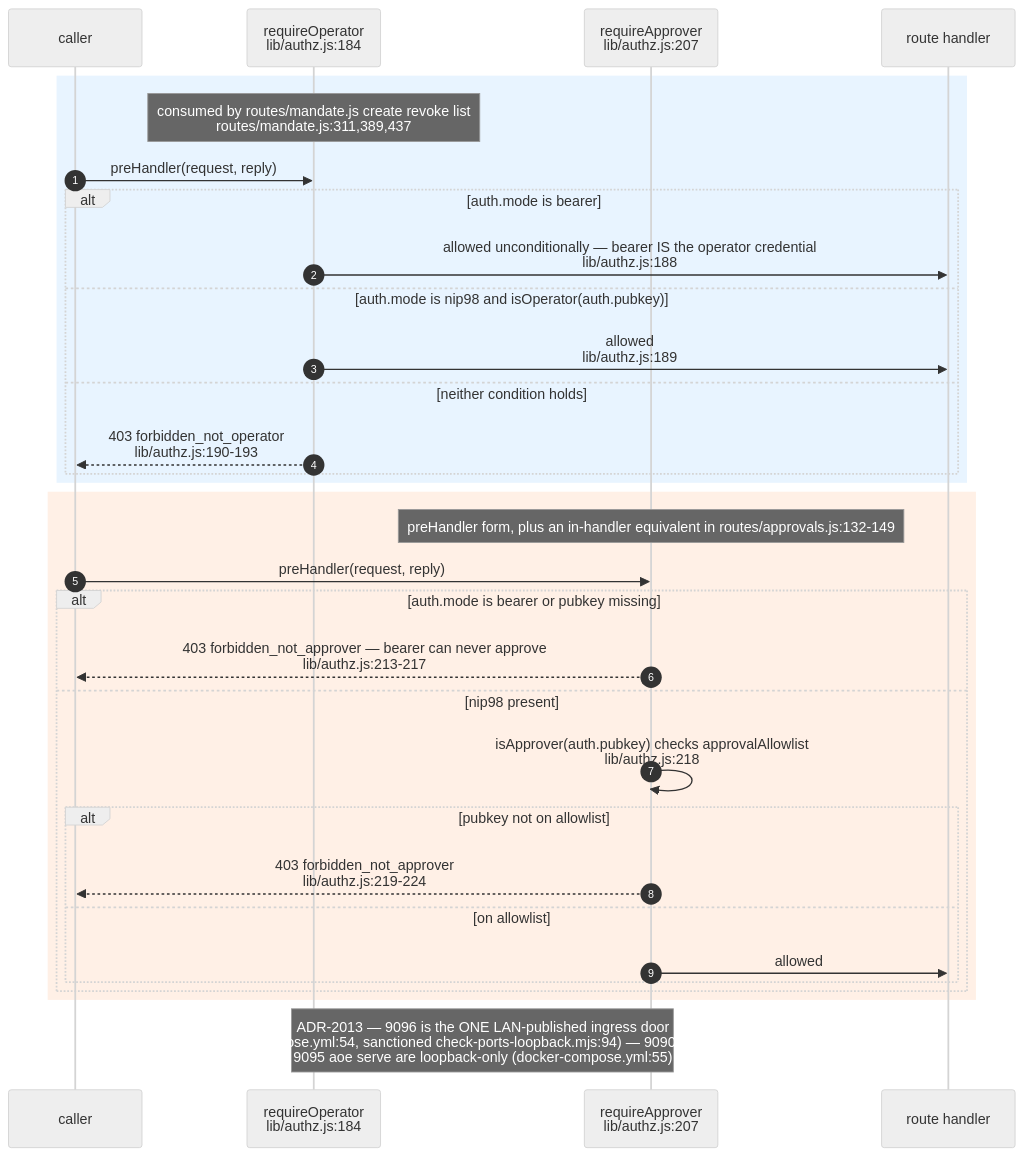
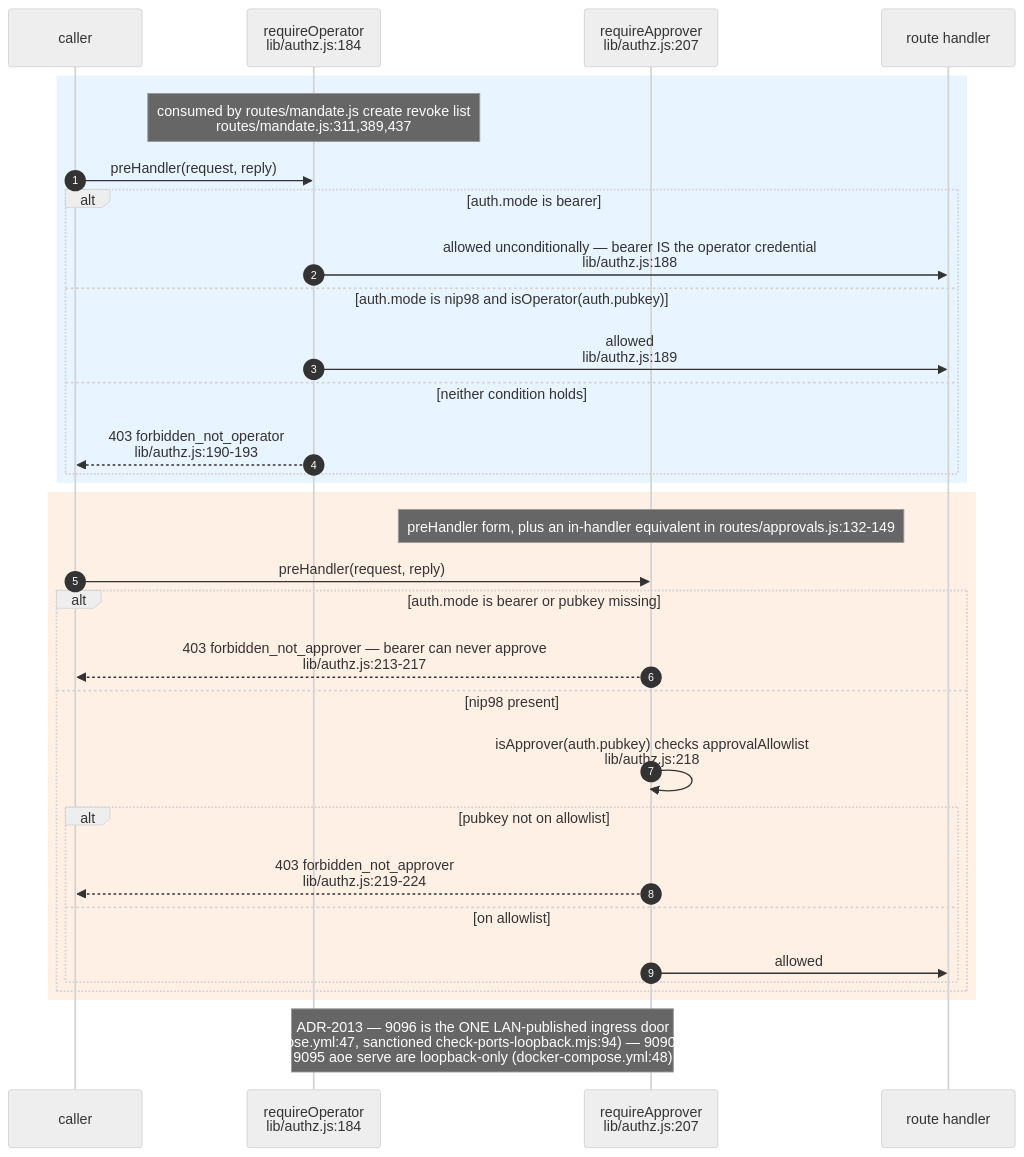
One commit to DreamLab-AI/VisionFlow changed the fifth of 17 diagrams in docs/diagrams/agentbox/03-management-api-request-lifecycle.md. Above: the diagram before and after it, drawn with Mermaid (neutral theme). The commit also changed other lines of this file and 136 other files, not shown here.

First line of the commit message:
docs(diagrams): refresh the whole corpus to code HEAD and prune low-value diagrams

````diff
--- a/docs/diagrams/agentbox/03-management-api-request-lifecycle.md
+++ b/docs/diagrams/agentbox/03-management-api-request-lifecycle.md
@@ -235,36 +233,36 @@
 ```mermaid
 sequenceDiagram
     autonumber
     participant C as caller
     participant RO as requireOperator<br/>lib/authz.js:184
     participant RA as requireApprover<br/>lib/authz.js:207
     participant H as route handler
 
     rect rgb(232,244,255)
     Note over RO: consumed by routes/mandate.js create revoke list<br/>routes/mandate.js:311,389,437
     C->>RO: preHandler(request, reply)
     alt auth.mode is bearer
         RO->>H: allowed unconditionally — bearer IS the operator credential<br/>lib/authz.js:188
     else auth.mode is nip98 and isOperator(auth.pubkey)
         RO->>H: allowed<br/>lib/authz.js:189
     else neither condition holds
         RO-->>C: 403 forbidden_not_operator<br/>lib/authz.js:190-193
     end
     end
 
     rect rgb(255,240,230)
     Note over RA: preHandler form, plus an in-handler equivalent in routes/approvals.js:132-149
     C->>RA: preHandler(request, reply)
     alt auth.mode is bearer or pubkey missing
         RA-->>C: 403 forbidden_not_approver — bearer can never approve<br/>lib/authz.js:213-217
     else nip98 present
         RA->>RA: isApprover(auth.pubkey) checks approvalAllowlist<br/>lib/authz.js:218
         alt pubkey not on allowlist
             RA-->>C: 403 forbidden_not_approver<br/>lib/authz.js:219-224
         else on allowlist
             RA->>H: allowed
         end
     end
     end
-    Note over RO,RA: ADR-2013 — 9096 is the ONE LAN-published ingress door<br/>(docker-compose.yml:54, sanctioned check-ports-loopback.mjs:94) — 9090 mgmt-api and<br/>9095 aoe serve are loopback-only (docker-compose.yml:55)
+    Note over RO,RA: ADR-2013 — 9096 is the ONE LAN-published ingress door<br/>(docker-compose.yml:47, sanctioned check-ports-loopback.mjs:94) — 9090 mgmt-api and<br/>9095 aoe serve are loopback-only (docker-compose.yml:48)
 ```
````
